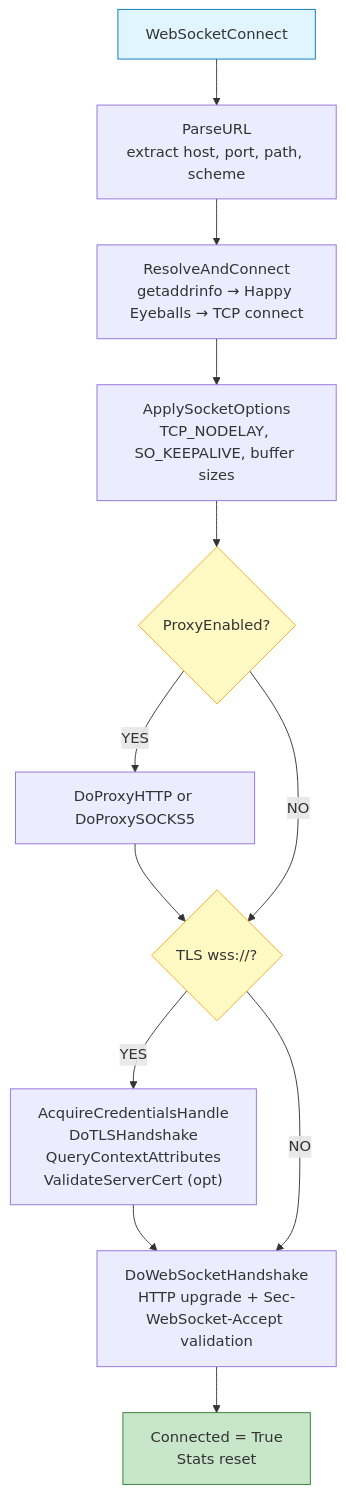
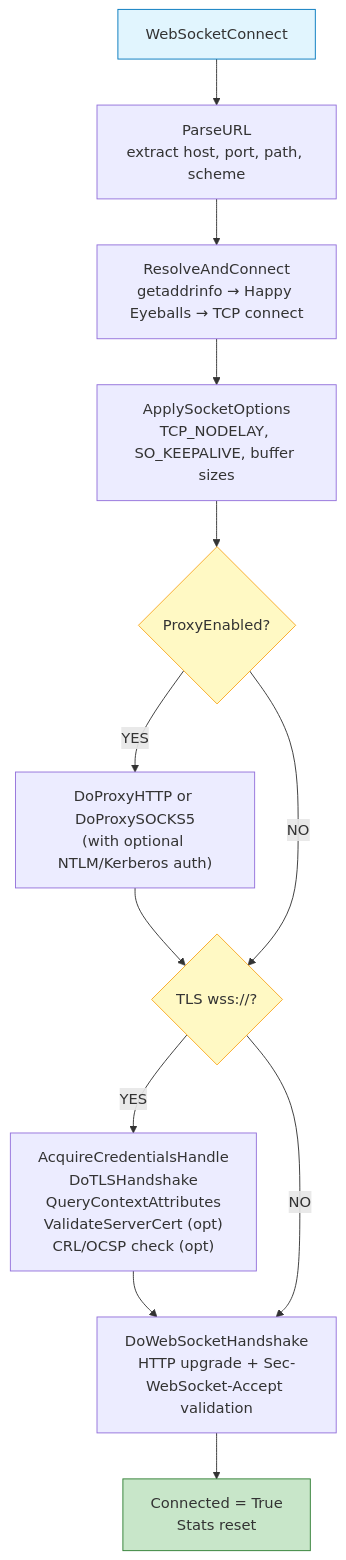
Before and after one commit to uesleibros/wasabi: the third of 13 diagrams in docs/ARCHITECTURE.md, drawn with Mermaid. The commit also changed other lines of this file, not shown here.

````diff
--- a/docs/ARCHITECTURE.md
+++ b/docs/ARCHITECTURE.md
@@ -120,25 +124,25 @@
 ```mermaid
 graph TD
     A[WebSocketConnect]
     B["ParseURL<br/>extract host, port, path, scheme"]
     C["ResolveAndConnect<br/>getaddrinfo → Happy Eyeballs → TCP connect"]
     D["ApplySocketOptions<br/>TCP_NODELAY, SO_KEEPALIVE, buffer sizes"]
     E{ProxyEnabled?}
-    F["DoProxyHTTP or DoProxySOCKS5"]
+    F["DoProxyHTTP or DoProxySOCKS5<br/>(with optional NTLM/Kerberos auth)"]
     G{TLS wss://?}
-    H["AcquireCredentialsHandle<br/>DoTLSHandshake<br/>QueryContextAttributes<br/>ValidateServerCert (opt)"]
+    H["AcquireCredentialsHandle<br/>DoTLSHandshake<br/>QueryContextAttributes<br/>ValidateServerCert (opt)<br/>CRL/OCSP check (opt)"]
     I["DoWebSocketHandshake<br/>HTTP upgrade + Sec-WebSocket-Accept validation"]
     J["Connected = True<br/>Stats reset"]
 
     A --> B --> C --> D --> E
     E -- YES --> F --> G
     E -- NO --> G
     G -- YES --> H --> I
     G -- NO --> I
     I --> J
 
     style A fill:#e1f5fe,stroke:#0277bd
     style J fill:#c8e6c9,stroke:#2e7d32
     style E fill:#fff9c4,stroke:#f9a825
     style G fill:#fff9c4,stroke:#f9a825
 ```
````
